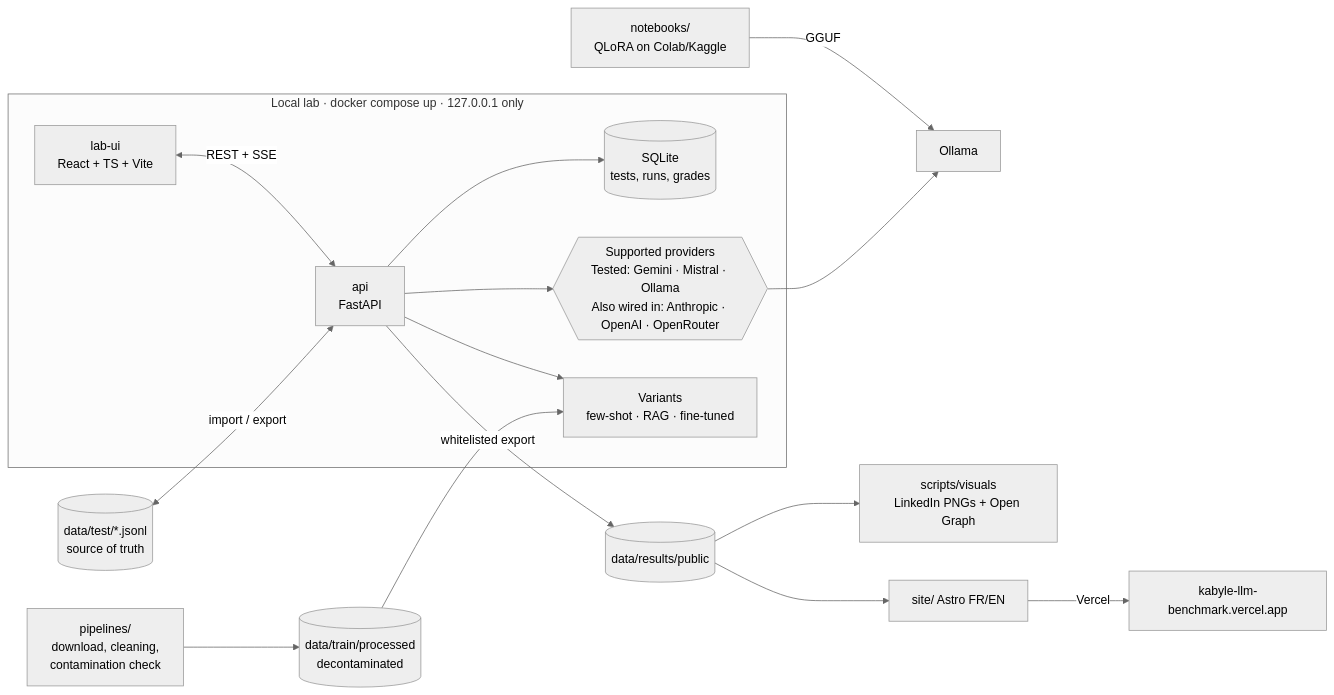
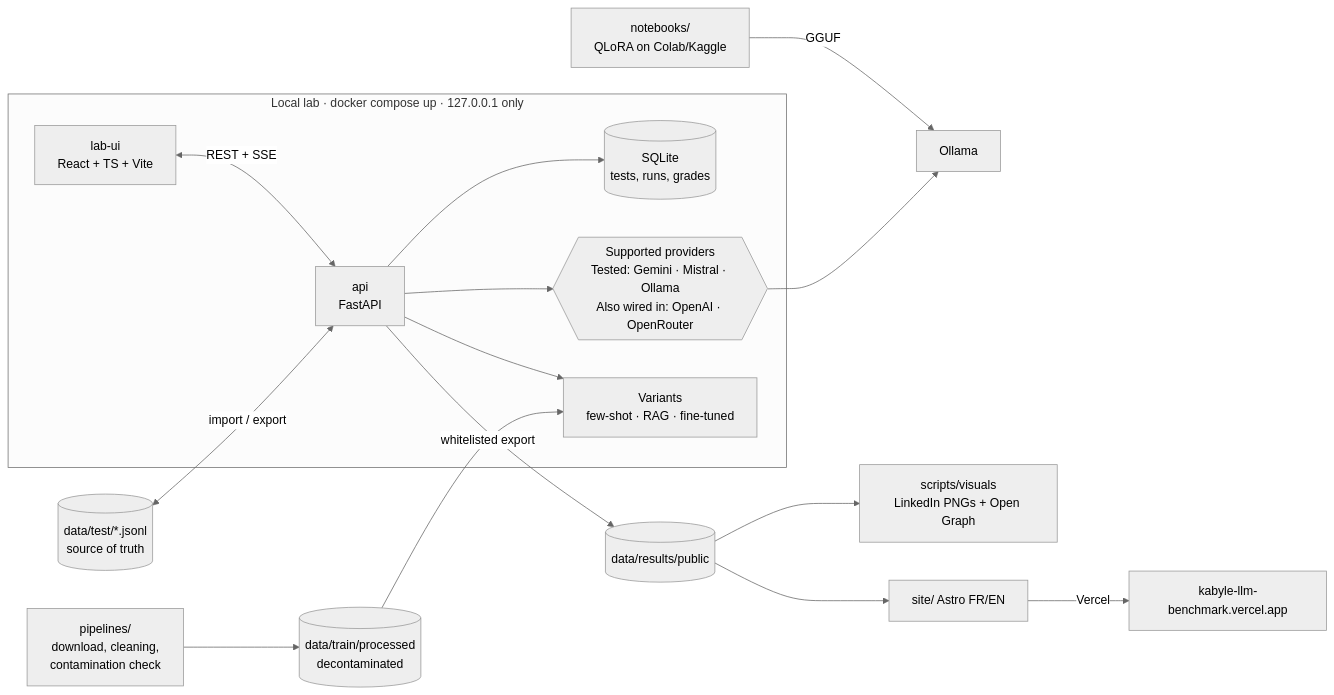
One commit to hasdaouiryma16-cmd/kabyle-llm-benchmark changed the diagram in README.en.md. Above: the diagram before and after it, drawn with Mermaid (neutral theme). The commit also changed other lines of this file and 16 other files, not shown here.

````diff
--- a/README.en.md
+++ b/README.en.md
@@ -45,17 +45,17 @@
 ```mermaid
 flowchart LR
   subgraph LAB["Local lab · docker compose up · 127.0.0.1 only"]
     UI["lab-ui<br/>React + TS + Vite"] <-->|"REST + SSE"| API["api<br/>FastAPI"]
     API --> DB[("SQLite<br/>tests, runs, grades")]
-    API --> P{{"Supported providers<br/>Tested: Gemini · Mistral · Ollama<br/>Also wired in: Anthropic · OpenAI · OpenRouter"}}
+    API --> P{{"Supported providers<br/>Tested: Gemini · Mistral · Ollama<br/>Also wired in: OpenAI · OpenRouter"}}
     API --> V["Variants<br/>few-shot · RAG · fine-tuned"]
   end
   T[("data/test/*.jsonl<br/>source of truth")] <-->|"import / export"| API
   TR[("data/train/processed<br/>decontaminated")] --> V
   PIPE["pipelines/<br/>download, cleaning,<br/>contamination check"] --> TR
   NB["notebooks/<br/>QLoRA on Colab/Kaggle"] -->|"GGUF"| OL["Ollama"]
   P --> OL
   API -->|"whitelisted export"| R[("data/results/public")]
   R --> VIS["scripts/visuals<br/>LinkedIn PNGs + Open Graph"]
   R --> S["site/ Astro FR/EN"] -->|"Vercel"| GP["kabyle-llm-benchmark.vercel.app"]
 ```
````
